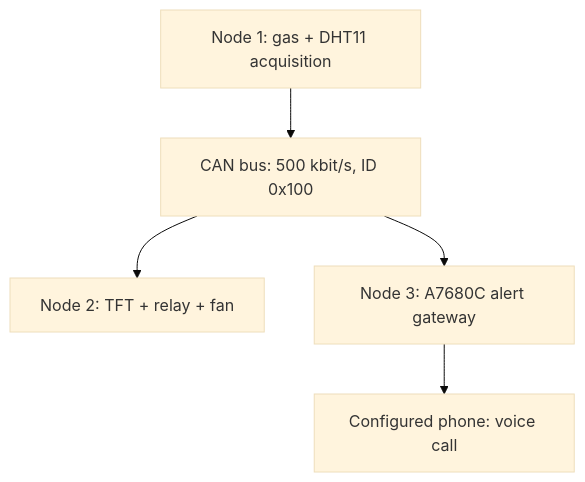
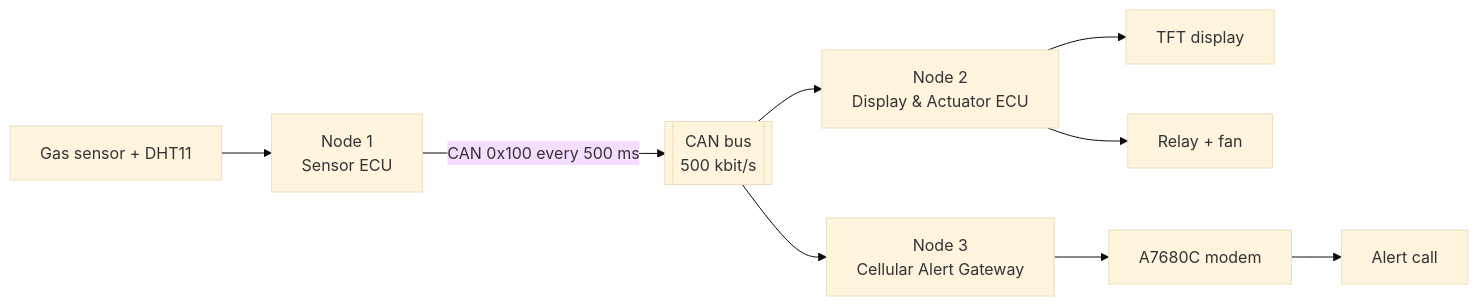
The diagram in README.md (TranVanVinh74/CAN_RTOS), drawn with Mermaid (base theme) before and after one commit. The commit also changed other lines of this file and 1 other file, not shown here.

````diff
--- a/README.md
+++ b/README.md
@@ -34,7 +11,10 @@
 ```mermaid
-flowchart TD
-    N1["Node 1: gas + DHT11 acquisition"] --> B["CAN bus: 500 kbit/s, ID 0x100"]
-    B --> N2["Node 2: TFT + relay + fan"]
-    B --> N3["Node 3: A7680C alert gateway"]
-    N3 --> P["Configured phone: voice call"]
+flowchart LR
+    S["Gas sensor + DHT11"] --> N1["Node 1<br/>Sensor ECU"]
+    N1 -- "CAN 0x100 every 500 ms" --> BUS[["CAN bus<br/>500 kbit/s"]]
+    BUS --> N2["Node 2<br/>Display & Actuator ECU"]
+    BUS --> N3["Node 3<br/>Cellular Alert Gateway"]
+    N2 --> TFT["TFT display"]
+    N2 --> FAN["Relay + fan"]
+    N3 --> MDM["A7680C modem"] --> PHONE["Alert call"]
 ```
````
